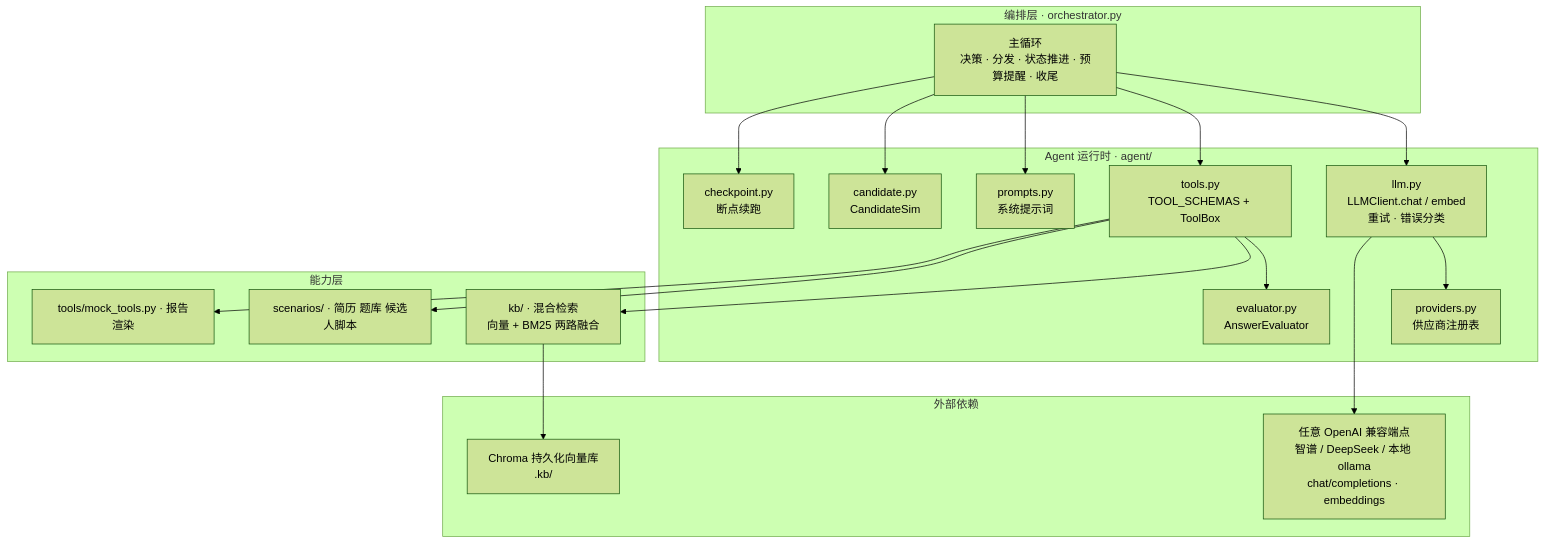
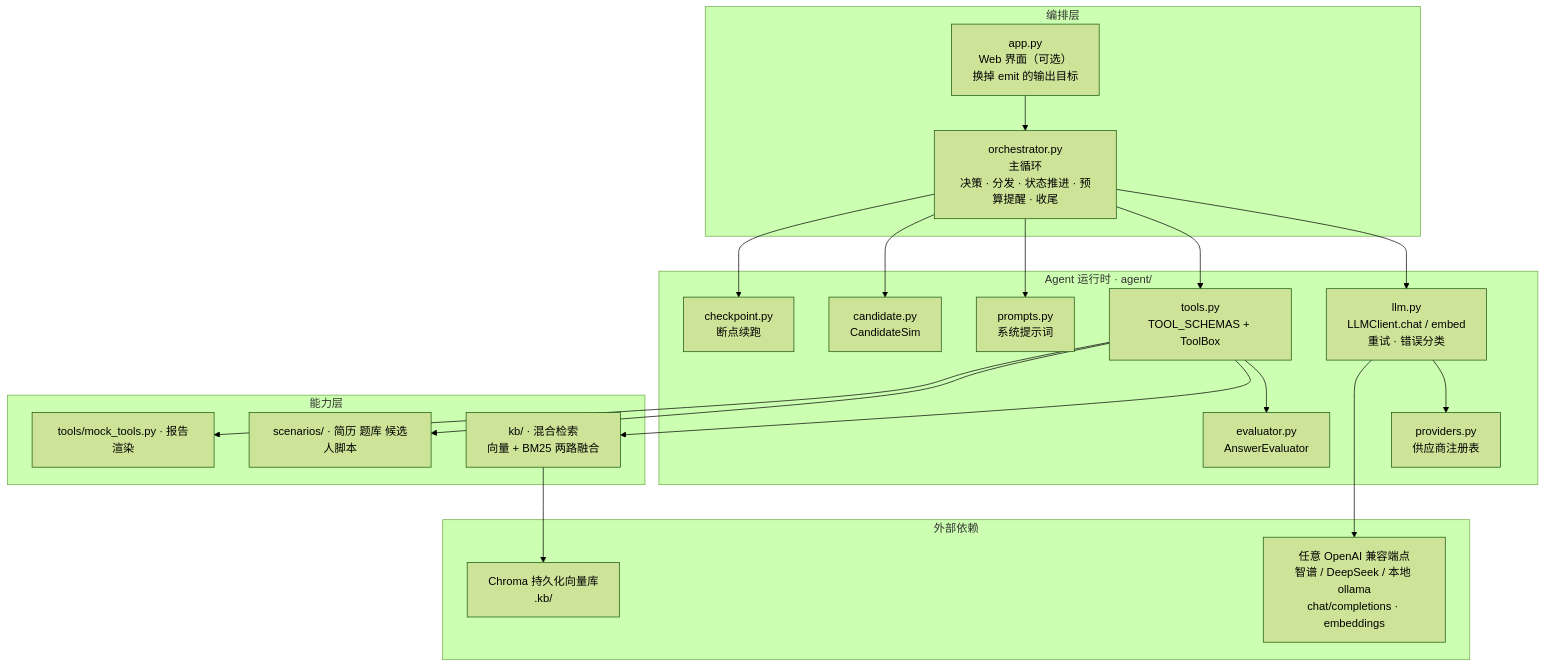
Before and after one commit to spike5321/mockmate: the diagram in docs/architecture.md, drawn with Mermaid (forest theme). The commit also changed other lines of this file and 4 other files, not shown here.

First line of the commit message:
feat: Web 界面（app.py）+ 依赖与文档收尾（阶段 6）

````diff
--- a/docs/architecture.md
+++ b/docs/architecture.md
@@ -21,36 +21,38 @@
 ```mermaid
 flowchart TB
-    subgraph L1["编排层 · orchestrator.py"]
-        MAIN["主循环<br/>决策 · 分发 · 状态推进 · 预算提醒 · 收尾"]
+    subgraph L1["编排层"]
+        MAIN["orchestrator.py<br/>主循环<br/>决策 · 分发 · 状态推进 · 预算提醒 · 收尾"]
+        UI["app.py<br/>Web 界面（可选）<br/>换掉 emit 的输出目标"]
     end
     subgraph L2["Agent 运行时 · agent/"]
         LLM["llm.py<br/>LLMClient.chat / embed<br/>重试 · 错误分类"]
         PROV["providers.py<br/>供应商注册表"]
         TOOLS["tools.py<br/>TOOL_SCHEMAS + ToolBox"]
         PROMPT["prompts.py<br/>系统提示词"]
         CAND["candidate.py<br/>CandidateSim"]
         EVAL["evaluator.py<br/>AnswerEvaluator"]
         CKPT["checkpoint.py<br/>断点续跑"]
     end
     subgraph L3["能力层"]
         KB["kb/ · 混合检索<br/>向量 + BM25 两路融合"]
         DATA["scenarios/ · 简历 题库 候选人脚本"]
         REND["tools/mock_tools.py · 报告渲染"]
     end
     subgraph L4["外部依赖"]
         VENDOR["任意 OpenAI 兼容端点<br/>智谱 / DeepSeek / 本地 ollama<br/>chat/completions · embeddings"]
         CHROMA["Chroma 持久化向量库<br/>.kb/"]
     end
     MAIN --> LLM
+    UI --> MAIN
     MAIN --> TOOLS
     MAIN --> PROMPT
     MAIN --> CAND
     MAIN --> CKPT
     LLM --> PROV
     TOOLS --> EVAL
     TOOLS --> KB
     TOOLS --> DATA
     TOOLS --> REND
     KB --> CHROMA
     LLM --> VENDOR
 ```
````
